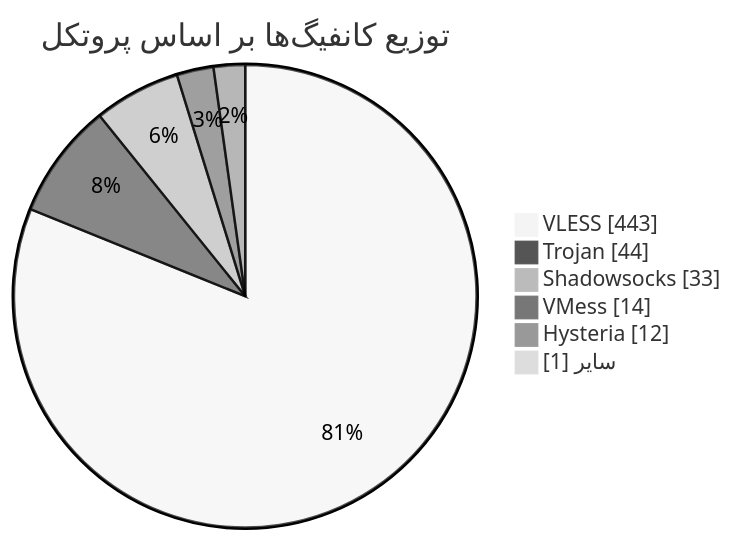
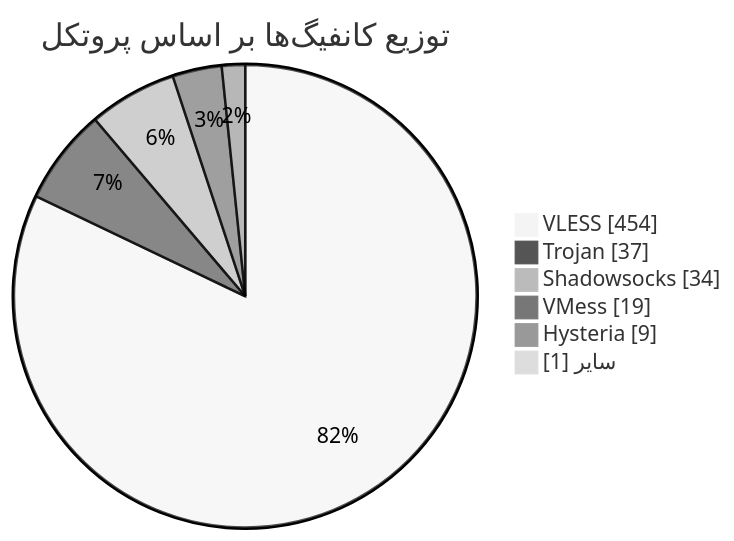
One commit to Arian-Alijani/Somthing changed the diagram in README.md. Above: the diagram before and after it, drawn with Mermaid (neutral theme). The commit also changed other lines of this file and 87 other files, not shown here.

````diff
--- a/README.md
+++ b/README.md
@@ -48,10 +48,10 @@
 ```mermaid
 pie showData
     title توزیع کانفیگ‌ها بر اساس پروتکل
-    "VLESS" : 443
-    "Trojan" : 44
-    "Shadowsocks" : 33
-    "VMess" : 14
-    "Hysteria" : 12
+    "VLESS" : 454
+    "Trojan" : 37
+    "Shadowsocks" : 34
+    "VMess" : 19
+    "Hysteria" : 9
     "سایر" : 1
 ```
````
